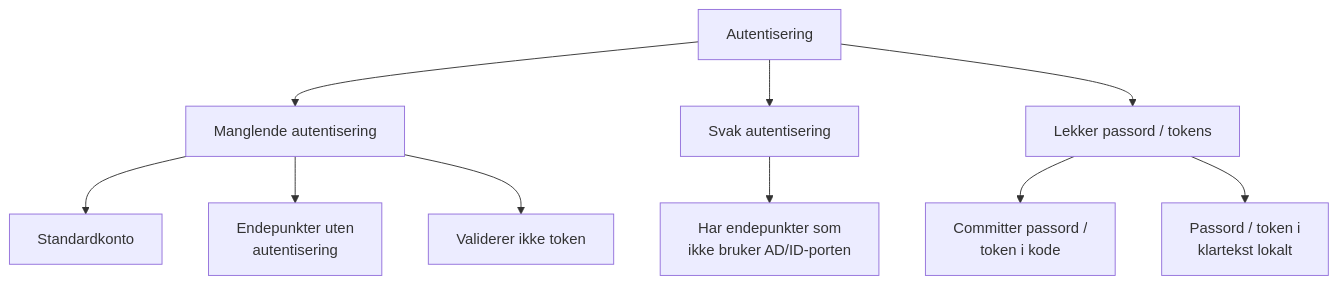
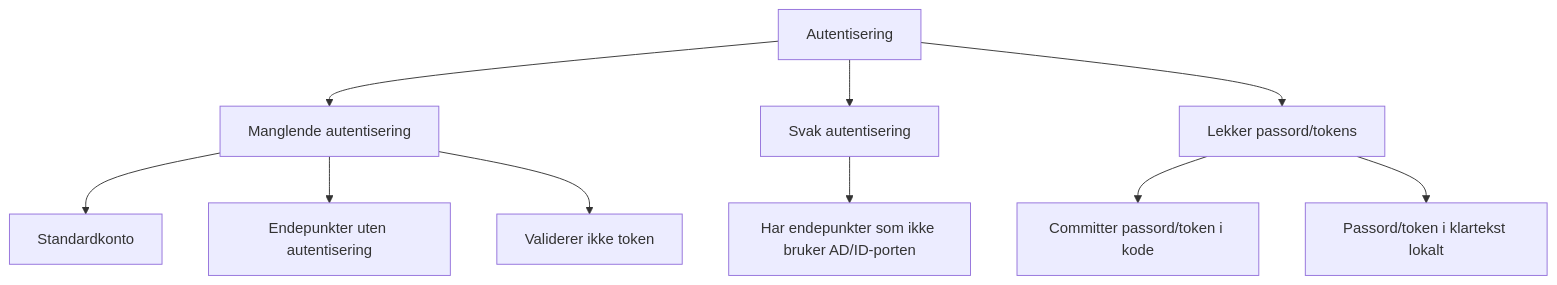
The first of 18 diagrams in docs/08-sikker-utvikling/_saarbarhetstraer.mdx (navikt/security-playbook), drawn with Mermaid before and after one commit. The commit also changed other lines of this file, not shown here.

````diff
--- a/docs/08-sikker-utvikling/_saarbarhetstraer.mdx
+++ b/docs/08-sikker-utvikling/_saarbarhetstraer.mdx
@@ -9,14 +9,14 @@
 ```mermaid
 graph TD;
     AUTH[Autentisering]-->MANGEL[Manglende autentisering];
     MANGEL-->MANGEL_STD[Standardkonto];
-    MANGEL-->MANGEL_ENP[Endepunkter uten\n autentisering];
+    MANGEL-->MANGEL_ENP[Endepunkter uten autentisering];
     MANGEL-->MANGEL_VAL[Validerer ikke token];
 
     AUTH-->SVAK[Svak autentisering];
-    SVAK-->SVAK_STD[Har endepunkter som\n ikke bruker AD/ID-porten];
+    SVAK-->SVAK_STD[Har endepunkter som ikke bruker AD/ID-porten];
 
-    AUTH-->LEKK[Lekker passord / tokens];
-    LEKK-->LEKKER[Committer passord /\n token i kode];
-    LEKK-->LOKALT[Passord / token i\n klartekst lokalt];
+    AUTH-->LEKK[Lekker passord/tokens];
+    LEKK-->LEKKER[Committer passord/token i kode];
+    LEKK-->LOKALT[Passord/token i klartekst lokalt];
 ```
````
